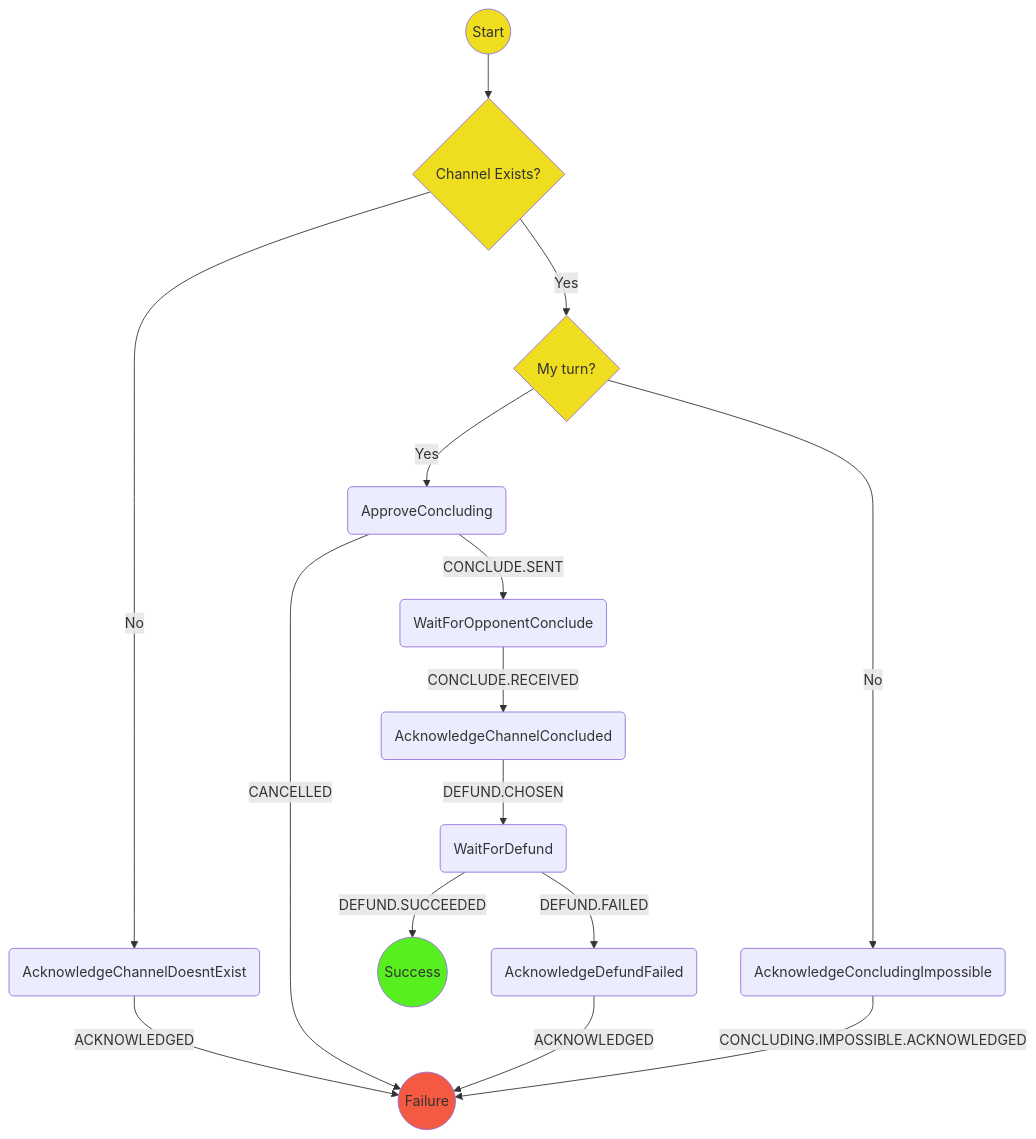
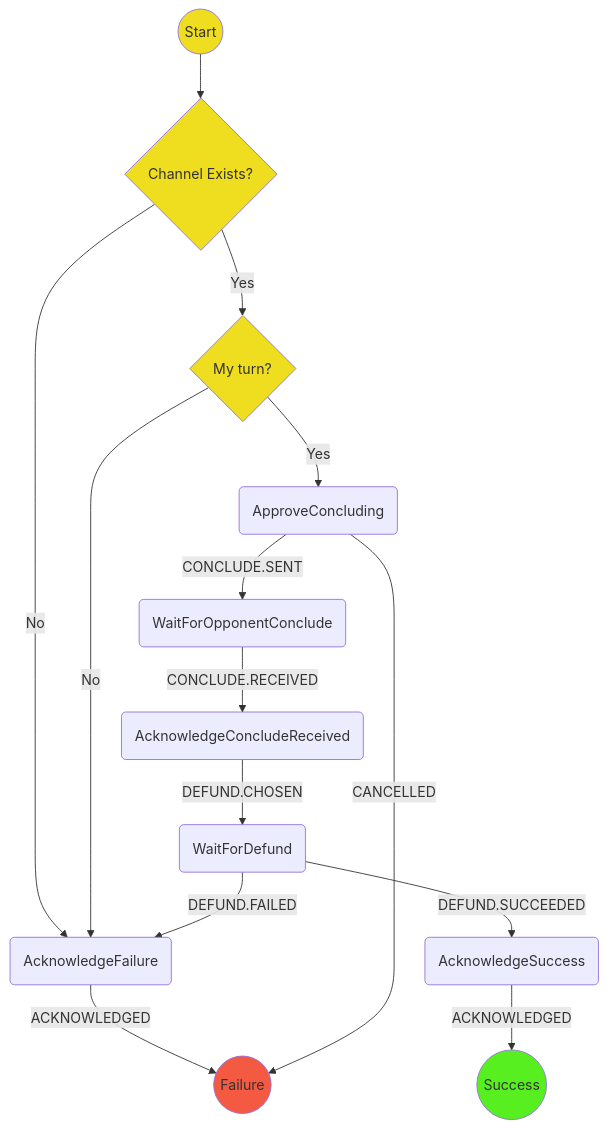
One commit to magmo/apps changed the diagram in packages/wallet/src/redux/protocols/concluding/readme.md. Above: the diagram before and after it, drawn with Mermaid. The commit also changed 2 other files, not shown here.

Commit message:
Unify AcknowledgeFailure states (readme, states, actions)

````diff
--- a/packages/wallet/src/redux/protocols/concluding/readme.md
+++ b/packages/wallet/src/redux/protocols/concluding/readme.md
@@ -21,22 +21,21 @@
 ```mermaid
 graph TD
   S((Start)) --> E{Channel Exists?}
-  E --> |No| ACDE(AcknowledgeChannelDoesntExist)
-  ACDE -->|ACKNOWLEDGED| F((Failure))
+  E --> |No| AF(AcknowledgeFailure)
+  AF -->|ACKNOWLEDGED| F((Failure))
   E --> |Yes| MT{My turn?}
   MT  --> |Yes| CC(ApproveConcluding)
-  MT  --> |No| RC(AcknowledgeConcludingImpossible)
+  MT  --> |No| AF(AcknowledgeFailure)
   CC  --> |CANCELLED| F
   CC  --> |CONCLUDE.SENT| WOC(WaitForOpponentConclude)
-  WOC --> |CONCLUDE.RECEIVED| ACC(AcknowledgeChannelConcluded)
-  ACC --> |DEFUND.CHOSEN| D(WaitForDefund)
-  D   --> |DEFUND.SUCCEEDED| SS((Success))
-  D   --> |DEFUND.FAILED| ADF(AcknowledgeDefundFailed)
-  ADF -->|ACKNOWLEDGED| F((Failure))
-  RC  --> |CONCLUDING.IMPOSSIBLE.ACKNOWLEDGED| F
+  WOC --> |CONCLUDE.RECEIVED| ACR(AcknowledgeConcludeReceived)
+  ACR --> |DEFUND.CHOSEN| D(WaitForDefund)
+  D   --> |DEFUND.SUCCEEDED| AS(AcknowledgeSuccess)
+  AS -->  |ACKNOWLEDGED| SS((Success))
+  D   --> |DEFUND.FAILED| AF(AcknowledgeFailure)
   style S  fill:#efdd20
   style E  fill:#efdd20
   style MT fill:#efdd20
   style SS fill:#58ef21
   style F  fill:#f45941
 ```
````
